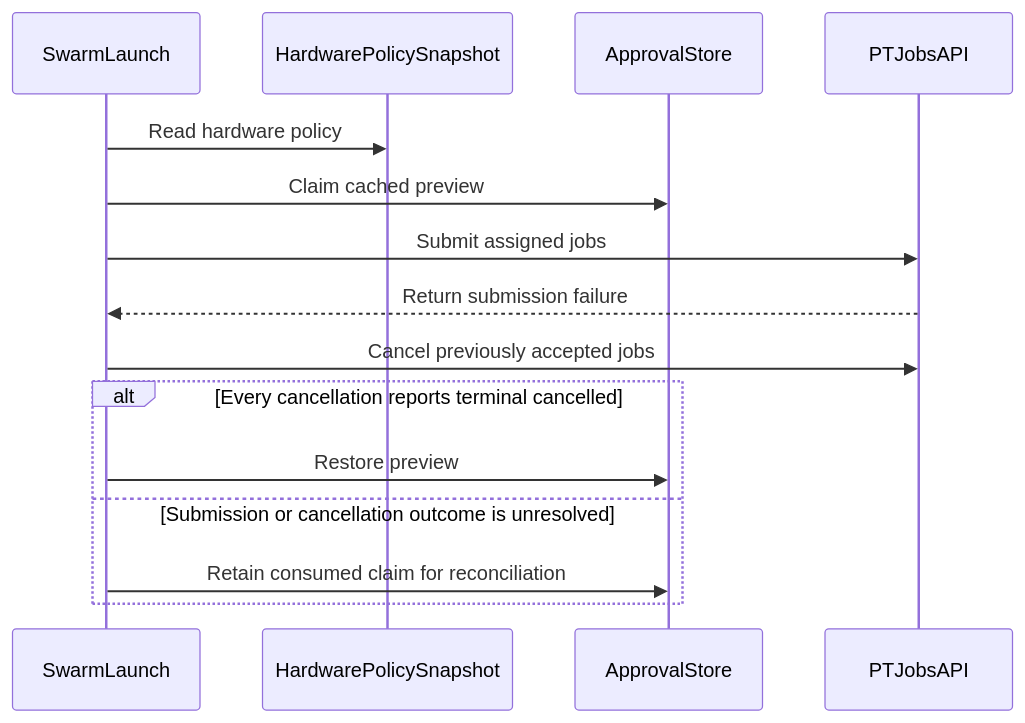
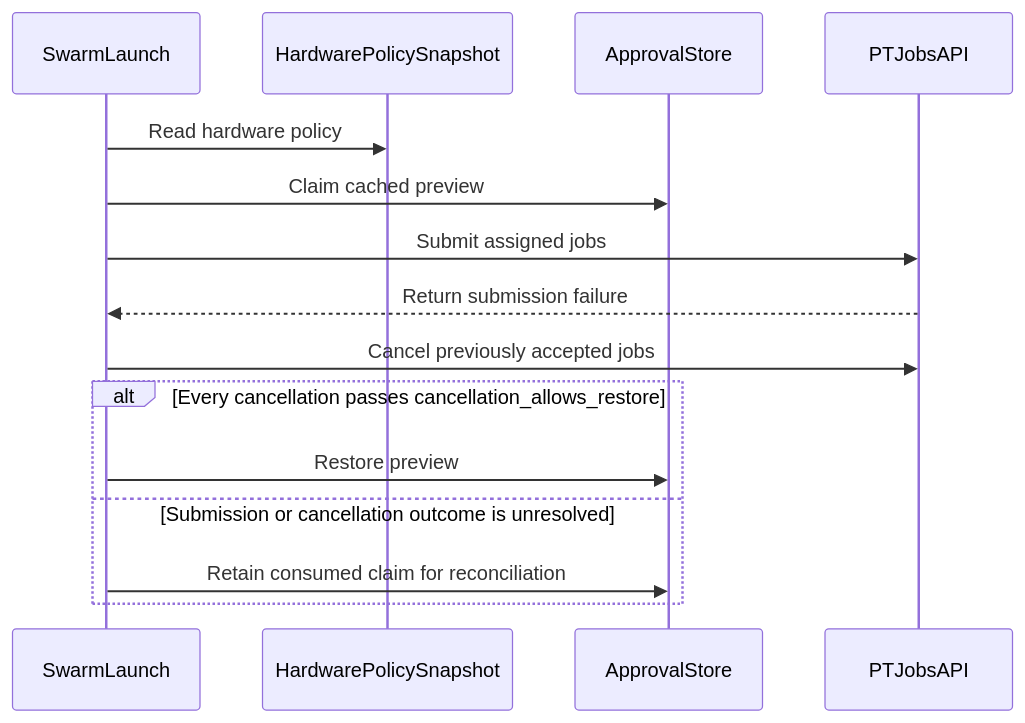
The diagram in docs/v2/70-portal-knowledge-hitl-development-ladder.md (diazMelgarejo/orama-system), drawn with Mermaid before and after one commit.

Commit message:
docs(portal): align rollback diagram with cancellation_allows_restore predicate

````diff
--- a/docs/v2/70-portal-knowledge-hitl-development-ladder.md
+++ b/docs/v2/70-portal-knowledge-hitl-development-ladder.md
@@ -162,17 +162,17 @@
 ```mermaid
 sequenceDiagram
   participant SwarmLaunch
   participant HardwarePolicySnapshot
   participant ApprovalStore
   participant PTJobsAPI
   SwarmLaunch->>HardwarePolicySnapshot: Read hardware policy
   SwarmLaunch->>ApprovalStore: Claim cached preview
   SwarmLaunch->>PTJobsAPI: Submit assigned jobs
   PTJobsAPI-->>SwarmLaunch: Return submission failure
   SwarmLaunch->>PTJobsAPI: Cancel previously accepted jobs
-  alt Every cancellation reports terminal cancelled
+  alt Every cancellation passes cancellation_allows_restore
     SwarmLaunch->>ApprovalStore: Restore preview
   else Submission or cancellation outcome is unresolved
     SwarmLaunch->>ApprovalStore: Retain consumed claim for reconciliation
   end
 ```
````
